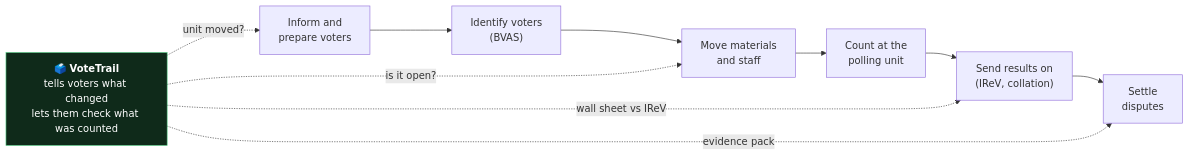
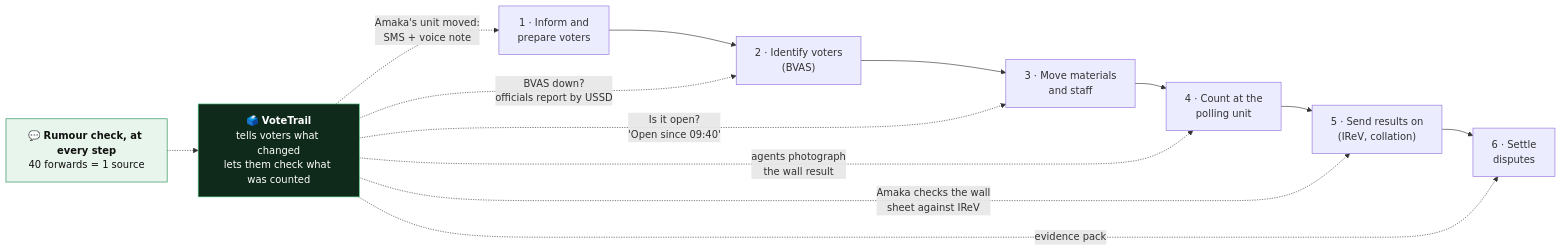
The first of 4 diagrams in docs/system-sketch.md (abdulmujeeb29/vote-trail), drawn with Mermaid before and after one commit. The commit also changed other lines of this file and 3 other files, not shown here.

````diff
--- a/docs/system-sketch.md
+++ b/docs/system-sketch.md
@@ -6,10 +7,14 @@
 ```mermaid
 flowchart LR
-    A["Inform and<br/>prepare voters"] --> B["Identify voters<br/>(BVAS)"] --> C["Move materials<br/>and staff"] --> D["Count at the<br/>polling unit"] --> E["Send results on<br/>(IReV, collation)"] --> F["Settle<br/>disputes"]
+    A["1 · Inform and<br/>prepare voters"] --> B["2 · Identify voters<br/>(BVAS)"] --> C["3 · Move materials<br/>and staff"] --> D["4 · Count at the<br/>polling unit"] --> E["5 · Send results on<br/>(IReV, collation)"] --> F["6 · Settle<br/>disputes"]
     VT["🗳️ <b>VoteTrail</b><br/>tells voters what changed<br/>lets them check what was counted"]
-    VT -. "unit moved?" .-> A
-    VT -. "is it open?" .-> C
-    VT -. "wall sheet vs IReV" .-> E
+    VT -. "Amaka's unit moved:<br/>SMS + voice note" .-> A
+    VT -. "BVAS down?<br/>officials report by USSD" .-> B
+    VT -. "Is it open?<br/>'Open since 09:40'" .-> C
+    VT -. "agents photograph<br/>the wall result" .-> D
+    VT -. "Amaka checks the wall<br/>sheet against IReV" .-> E
     VT -. "evidence pack" .-> F
+    R["💬 <b>Rumour check, at every step</b><br/>40 forwards = 1 source"] -.-> VT
     style VT fill:#0f2a1a,stroke:#5bd38a,color:#ffffff
+    style R fill:#e8f5ec,stroke:#1f8a50,color:#111111
 ```
````
